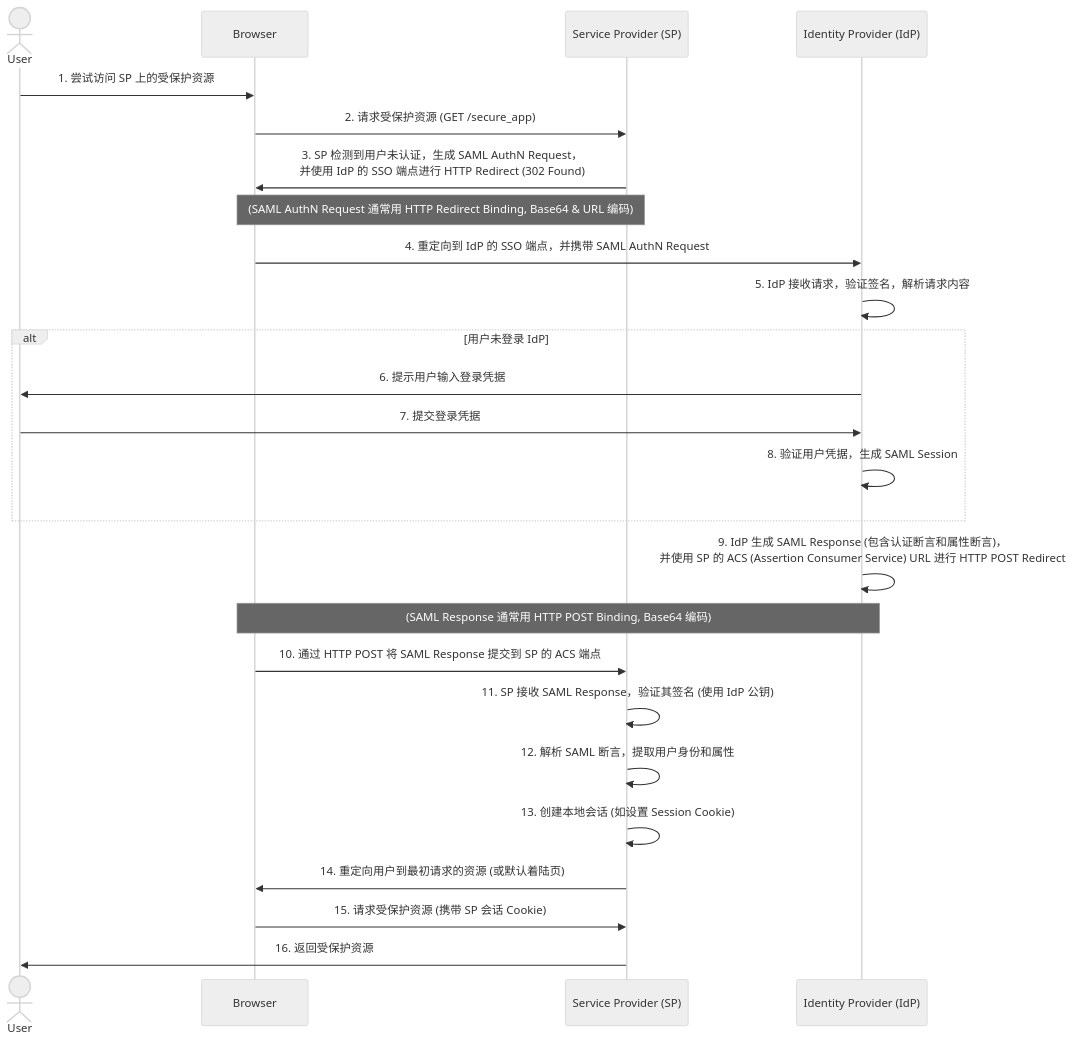
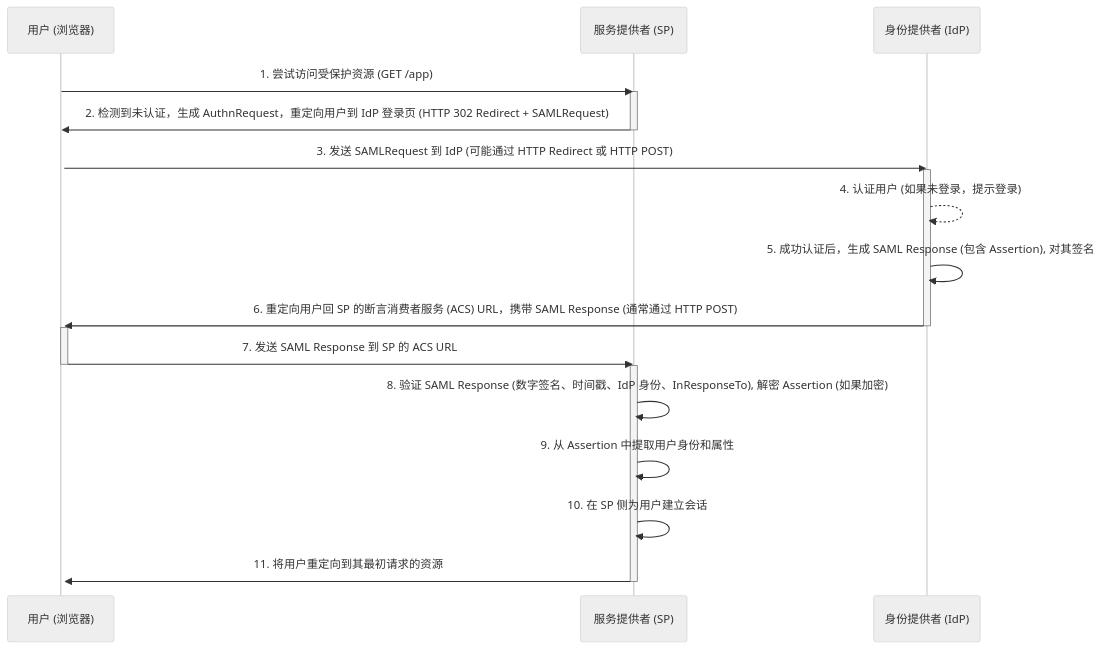
One commit to teatang/t-blog changed the first of 2 diagrams in source/_posts/2023/2023-12-18_SAML 2.0 (Security Assertion Markup Language) 详解.md. Above: the diagram before and after it, drawn with Mermaid (neutral theme). The commit also changed other lines of this file and 2 other files, not shown here.

```diff
--- a/source/_posts/2023/2023-12-18_SAML 2.0 (Security Assertion Markup Language) 详解.md
+++ b/source/_posts/2023/2023-12-18_SAML 2.0 (Security Assertion Markup Language) 详解.md
@@ -123,28 +97,27 @@
 {% mermaid %}
 sequenceDiagram
-    actor User
-    participant Browser
-    participant SP as Service Provider (SP)
-    participant IdP as Identity Provider (IdP)
+    participant User as 用户 (浏览器)
+    participant SP as 服务提供者 (SP)
+    participant IdP as 身份提供者 (IdP)
 
-    User->>Browser: 1. 尝试访问 SP 上的受保护资源
-    Browser->>SP: 2. 请求受保护资源 (GET /secure_app)
-    SP->>Browser: 3. SP 检测到用户未认证，生成 SAML AuthN Request，<br/>并使用 IdP 的 SSO 端点进行 HTTP Redirect (302 Found)
-    Note over SP,Browser: (SAML AuthN Request 通常用 HTTP Redirect Binding, Base64 & URL 编码)
-    Browser->>IdP: 4. 重定向到 IdP 的 SSO 端点，并携带 SAML AuthN Request
-    IdP->>IdP: 5. IdP 接收请求，验证签名，解析请求内容
-    alt 用户未登录 IdP
-        IdP->>User: 6. 提示用户输入登录凭据
-        User->>IdP: 7. 提交登录凭据
-        IdP->>IdP: 8. 验证用户凭据，生成 SAML Session
-    end
-    IdP->>IdP: 9. IdP 生成 SAML Response (包含认证断言和属性断言)，<br/>并使用 SP 的 ACS (Assertion Consumer Service) URL 进行 HTTP POST Redirect
-    Note over IdP,Browser: (SAML Response 通常用 HTTP POST Binding, Base64 编码)
-    Browser->>SP: 10. 通过 HTTP POST 将 SAML Response 提交到 SP 的 ACS 端点
-    SP->>SP: 11. SP 接收 SAML Response，验证其签名 (使用 IdP 公钥)
-    SP->>SP: 12. 解析 SAML 断言，提取用户身份和属性
-    SP->>SP: 13. 创建本地会话 (如设置 Session Cookie)
-    SP->>Browser: 14. 重定向用户到最初请求的资源 (或默认着陆页)
-    Browser->>SP: 15. 请求受保护资源 (携带 SP 会话 Cookie)
-    SP->>User: 16. 返回受保护资源
+    User->>SP: 1. 尝试访问受保护资源 (GET /app)
+    activate SP
+    SP->>User: 2. 检测到未认证，生成 AuthnRequest，重定向用户到 IdP 登录页 (HTTP 302 Redirect + SAMLRequest)
+    deactivate SP
+    activate User
+    User->>IdP: 3. 发送 SAMLRequest 到 IdP (可能通过 HTTP Redirect 或 HTTP POST)
+    activate IdP
+    IdP-->>IdP: 4. 认证用户 (如果未登录，提示登录)
+    IdP->>IdP: 5. 成功认证后，生成 SAML Response (包含 Assertion), 对其签名
+    IdP->>User: 6. 重定向用户回 SP 的断言消费者服务 (ACS) URL，携带 SAML Response (通常通过 HTTP POST)
+    deactivate IdP
+    activate User
+    User->>SP: 7. 发送 SAML Response 到 SP 的 ACS URL
+    deactivate User
+    activate SP
+    SP->>SP: 8. 验证 SAML Response (数字签名、时间戳、IdP 身份、InResponseTo), 解密 Assertion (如果加密)
+    SP->>SP: 9. 从 Assertion 中提取用户身份和属性
+    SP->>SP: 10. 在 SP 侧为用户建立会话
+    SP->>User: 11. 将用户重定向到其最初请求的资源
+    deactivate SP
 {% endmermaid %}
```
